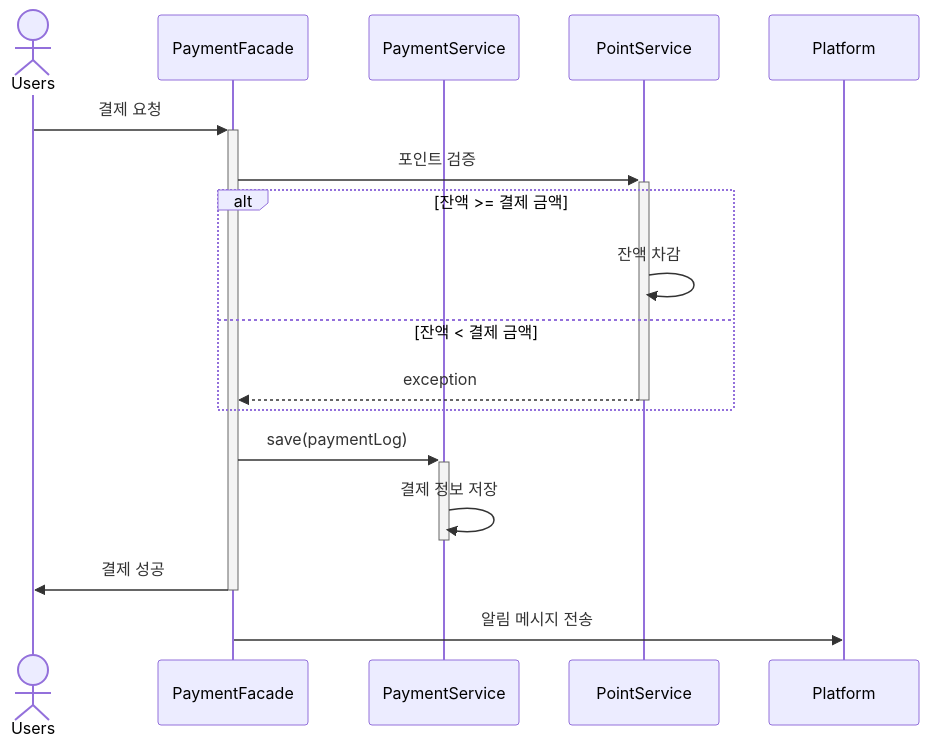
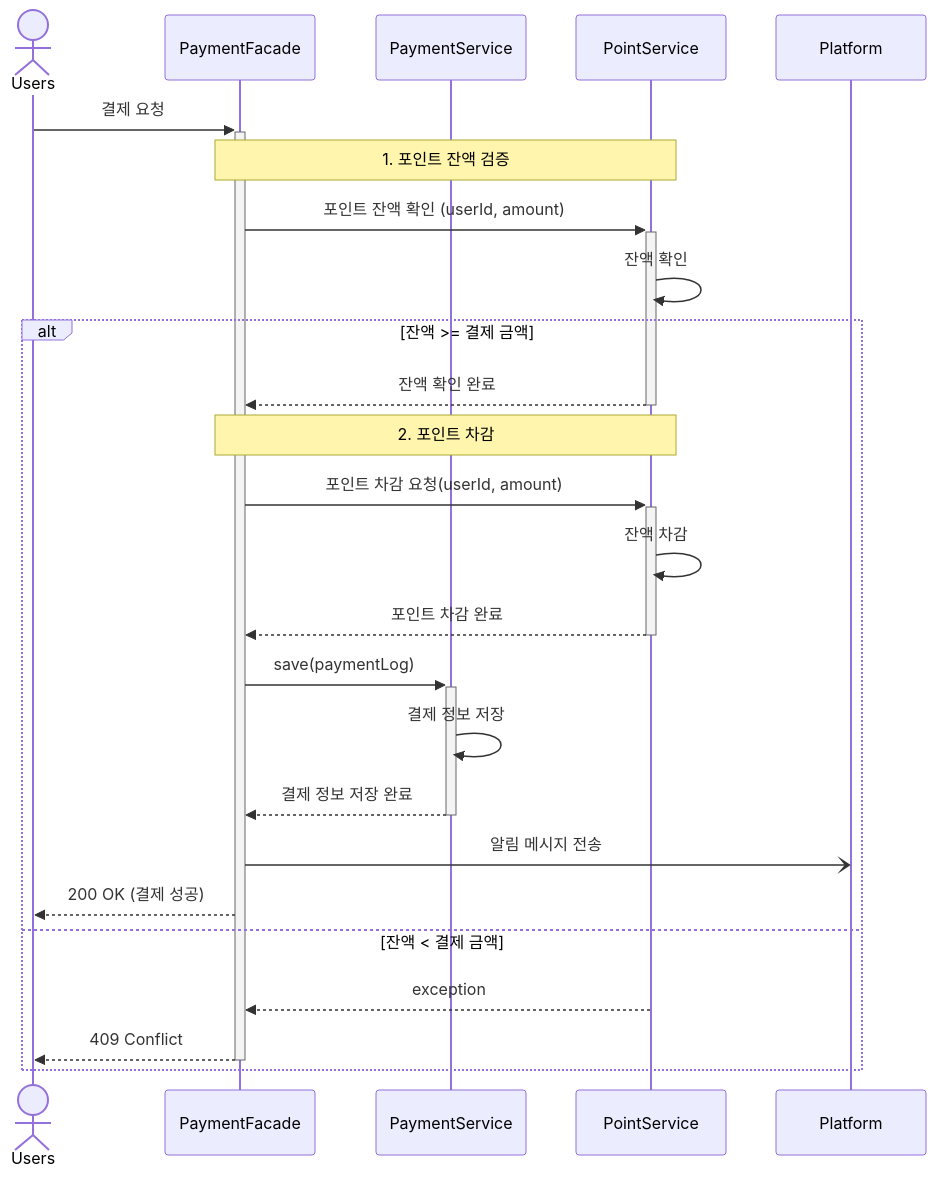
One commit to o3ozzvb/kotlin-ecommerce changed the fourth of 4 diagrams in docs/design/02-sequence-diagrams.md. Above: the diagram before and after it, drawn with Mermaid. The commit also changed other lines of this file, not shown here.

Commit message:
docs: 시퀀스다이어그램 수정  - activation bar 보정

````diff
--- a/docs/design/02-sequence-diagrams.md
+++ b/docs/design/02-sequence-diagrams.md
@@ -92,21 +119,34 @@
 ```mermaid
 sequenceDiagram
     actor Users
     participant PF as PaymentFacade
     participant PMS as PaymentService
     participant PS as PointService
     participant Platform
 
     Users->>+PF: 결제 요청
-    PF->>+PS: 포인트 검증
+    
+    Note over PF, PS: 1. 포인트 잔액 검증
+    PF->>+PS: 포인트 잔액 확인 (userId, amount)
+    PS->>PS: 잔액 확인
+    
 	alt 잔액 >= 결제 금액
+	    PS-->>-PF: 잔액 확인 완료
+	    
+	    Note over PF, PS: 2. 포인트 차감
+        PF->>+PS: 포인트 차감 요청(userId, amount)
         PS->>PS: 잔액 차감
+        PS-->>-PF: 포인트 차감 완료
+
+        PF->>+PMS: save(paymentLog)
+        PMS->>PMS: 결제 정보 저장
+        PMS-->>-PF: 결제 정보 저장 완료
+        PF-)Platform: 알림 메시지 전송
+        PF-->>Users: 200 OK (결제 성공)
 	else 잔액 < 결제 금액
-        PS-->>-PF: exception
+        PS-->>PF: exception
+        PF-->>-Users: 409 Conflict
 	end
-    PF->>+PMS: save(paymentLog)
-    PMS->>-PMS: 결제 정보 저장
-    PF->>-Users: 결제 성공
-    PF->>Platform: 알림 메시지 전송
+    
  
 ```
````
